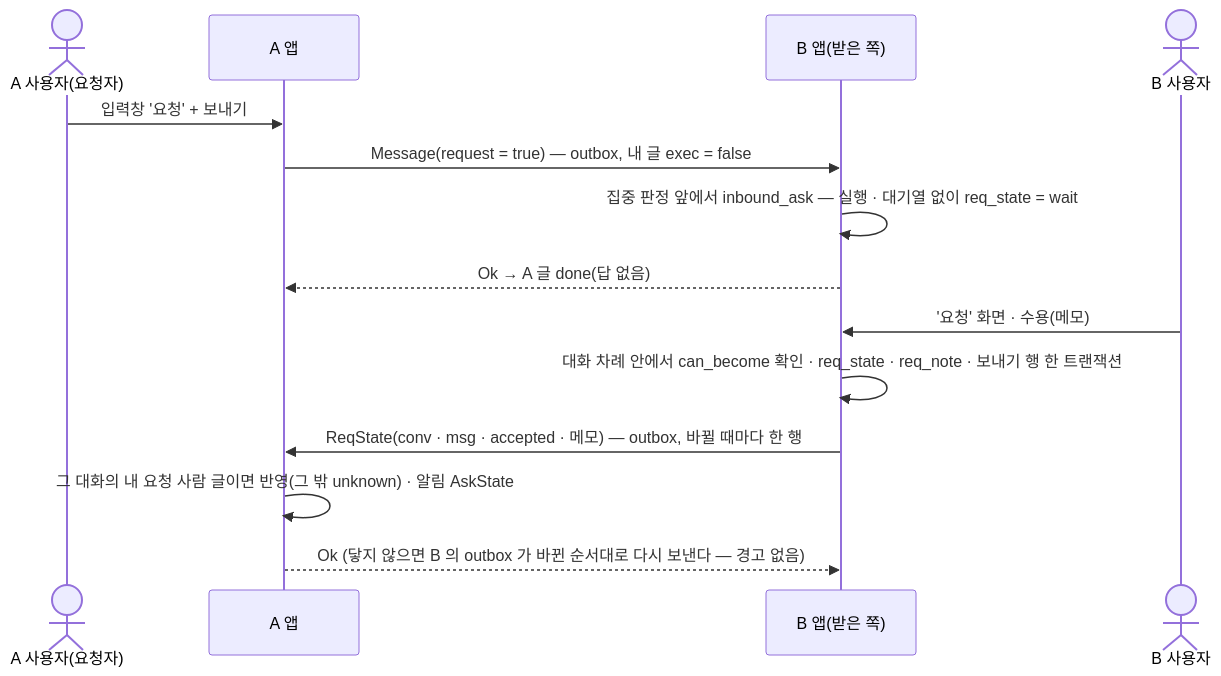
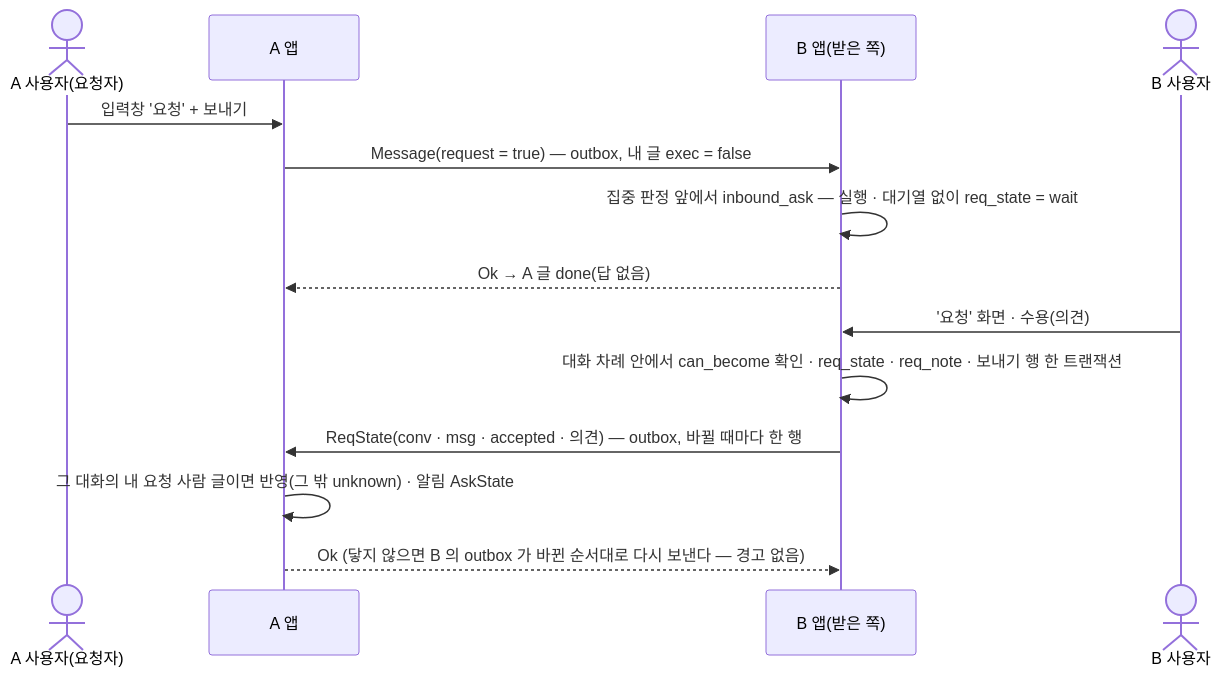
One commit to Softcamp-SaaS-RND/coworkAgent changed the seventh of 14 diagrams in docs/manual/dev/developer-guide.md. Above: the diagram before and after it, drawn with Mermaid. The commit also changed other lines of this file and 28 other files, not shown here.

````diff
--- a/docs/manual/dev/developer-guide.md
+++ b/docs/manual/dev/developer-guide.md
@@ -628,16 +628,16 @@
 ```mermaid
 sequenceDiagram
   actor UA as A 사용자(요청자)
   participant A as A 앱
   participant B as B 앱(받은 쪽)
   actor UB as B 사용자
   UA->>A: 입력창 '요청' + 보내기
   A->>B: Message(request = true) — outbox, 내 글 exec = false
   B->>B: 집중 판정 앞에서 inbound_ask — 실행 · 대기열 없이 req_state = wait
   B-->>A: Ok → A 글 done(답 없음)
-  UB->>B: '요청' 화면 · 수용(메모)
+  UB->>B: '요청' 화면 · 수용(의견)
   B->>B: 대화 차례 안에서 can_become 확인 · req_state · req_note · 보내기 행 한 트랜잭션
-  B->>A: ReqState(conv · msg · accepted · 메모) — outbox, 바뀔 때마다 한 행
+  B->>A: ReqState(conv · msg · accepted · 의견) — outbox, 바뀔 때마다 한 행
   A->>A: 그 대화의 내 요청 사람 글이면 반영(그 밖 unknown) · 알림 AskState
   A-->>B: Ok (닿지 않으면 B 의 outbox 가 바뀐 순서대로 다시 보낸다 — 경고 없음)
 ```
````
